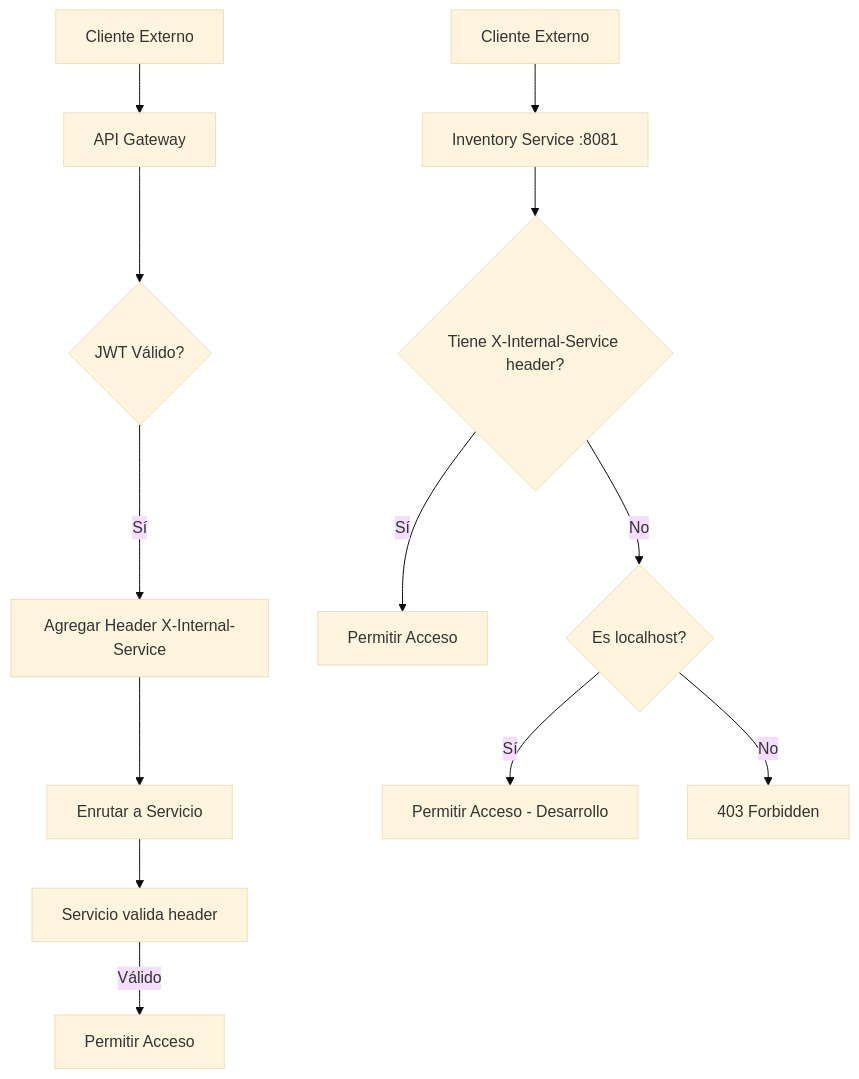
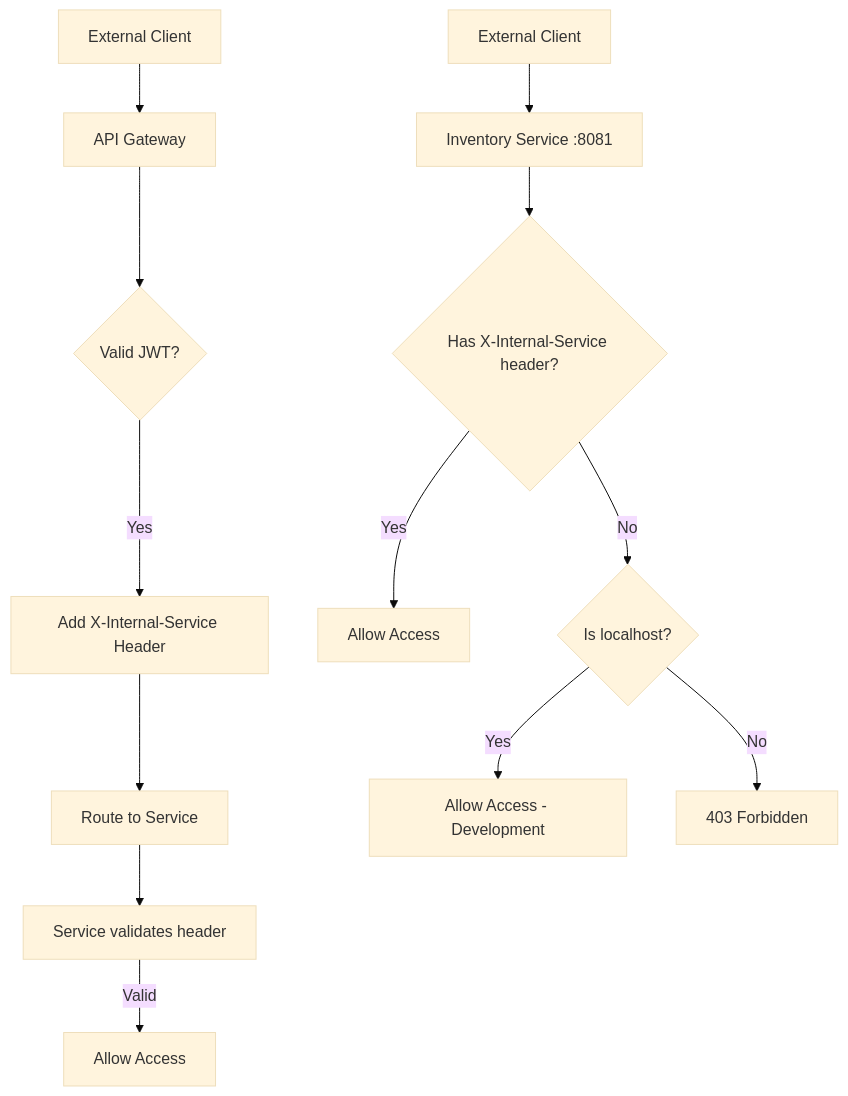
The diagram in Documentation/Security-Configuration.md (BrunoGil-AS/Vending-Machine-Microservices), drawn with Mermaid (base theme) before and after one commit. The commit also changed other lines of this file, not shown here.

````diff
--- a/Documentation/Security-Configuration.md
+++ b/Documentation/Security-Configuration.md
@@ -44,16 +44,16 @@
 ```mermaid
 graph TD
-    A[Cliente Externo] --> B[API Gateway]
-    B --> C{JWT Válido?}
-    C -->|Sí| D[Agregar Header X-Internal-Service]
-    D --> E[Enrutar a Servicio]
-    E --> F[Servicio valida header]
-    F -->|Válido| G[Permitir Acceso]
+    A[External Client] --> B[API Gateway]
+    B --> C{Valid JWT?}
+    C -->|Yes| D[Add X-Internal-Service Header]
+    D --> E[Route to Service]
+    E --> F[Service validates header]
+    F -->|Valid| G[Allow Access]
 
-    H[Cliente Externo] --> I[Inventory Service :8081]
-    I --> J{Tiene X-Internal-Service header?}
-    J -->|Sí| K[Permitir Acceso]
-    J -->|No| L{Es localhost?}
-    L -->|Sí| M[Permitir Acceso - Desarrollo]
+    H[External Client] --> I[Inventory Service :8081]
+    I --> J{Has X-Internal-Service header?}
+    J -->|Yes| K[Allow Access]
+    J -->|No| L{Is localhost?}
+    L -->|Yes| M[Allow Access - Development]
     L -->|No| N[403 Forbidden]
 ```
````
